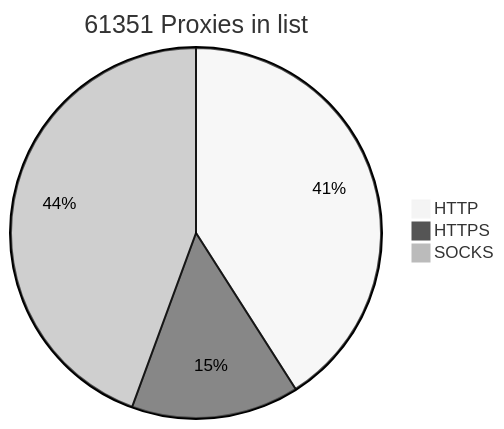
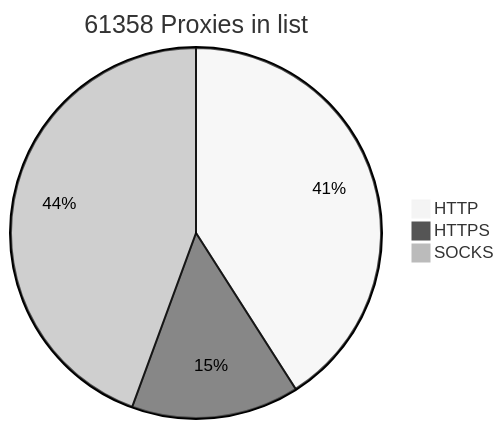
One commit to BlackSnowDot/proxylist-update-every-minute changed the diagram in README.md. Above: the diagram before and after it, drawn with Mermaid (neutral theme). The commit also changed other lines of this file, not shown here.

````diff
--- a/README.md
+++ b/README.md
@@ -2,6 +2,6 @@
 ```mermaid
-pie title 61351 Proxies in list
+pie title 61358 Proxies in list
     "HTTP" : 28490
     "HTTPS": 10187
-    "SOCKS" : 30883
+    "SOCKS" : 30890
 ```
````
